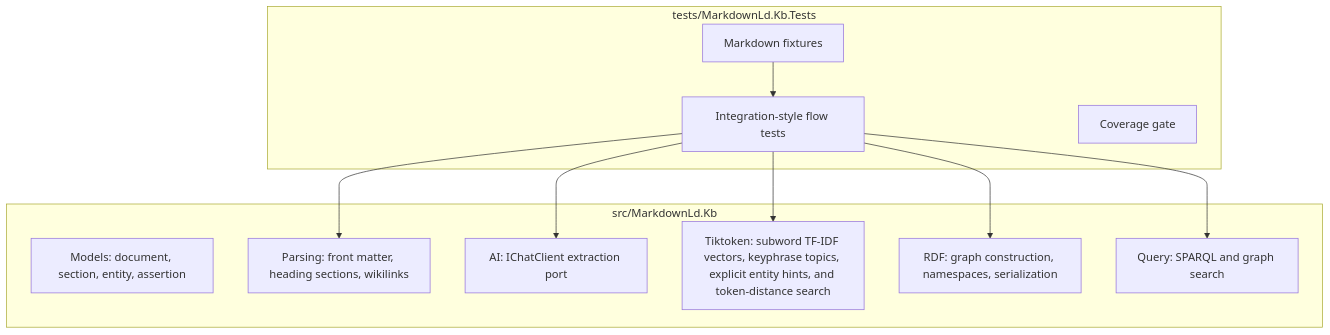
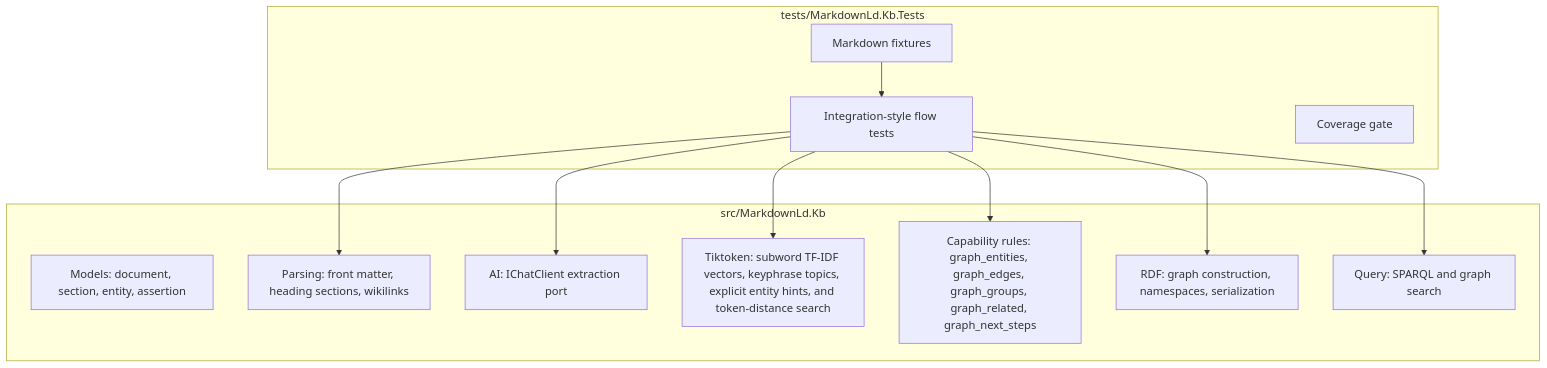
One commit to managedcode/markdown-ld-kb changed the third of 4 diagrams in docs/Architecture.md. Above: the diagram before and after it, drawn with Mermaid. The commit also changed other lines of this file and 13 other files, not shown here.

````diff
--- a/docs/Architecture.md
+++ b/docs/Architecture.md
@@ -74,24 +78,26 @@
 ```mermaid
 flowchart TB
     subgraph Core["src/MarkdownLd.Kb"]
         Models["Models: document, section, entity, assertion"]
         Parsing["Parsing: front matter, heading sections, wikilinks"]
         Ai["AI: IChatClient extraction port"]
         Tokens["Tiktoken: subword TF-IDF vectors, keyphrase topics, explicit entity hints, and token-distance search"]
+        Rules["Capability rules: graph_entities, graph_edges, graph_groups, graph_related, graph_next_steps"]
         Rdf["RDF: graph construction, namespaces, serialization"]
         Query["Query: SPARQL and graph search"]
     end
 
     subgraph Tests["tests/MarkdownLd.Kb.Tests"]
         Fixtures["Markdown fixtures"]
         FlowTests["Integration-style flow tests"]
         Coverage["Coverage gate"]
     end
 
     Fixtures --> FlowTests
     FlowTests --> Parsing
     FlowTests --> Ai
     FlowTests --> Tokens
+    FlowTests --> Rules
     FlowTests --> Rdf
     FlowTests --> Query
 ```
````
